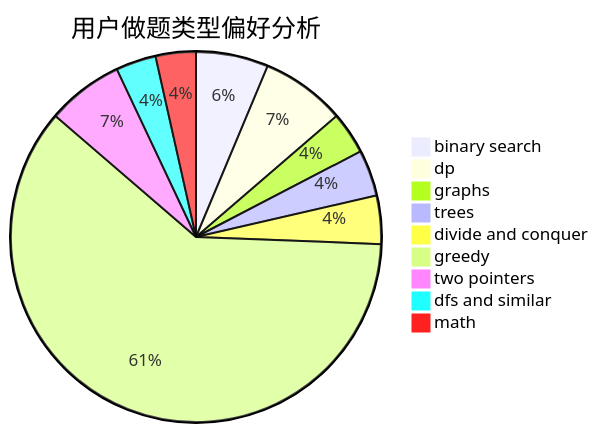
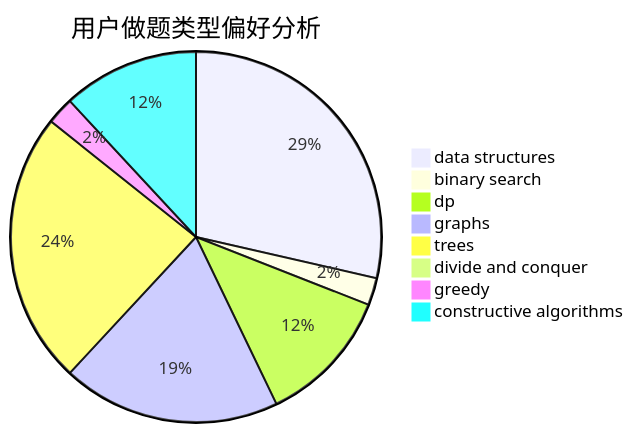
The second of 3 diagrams in docs/user/u604.md (sherpahu/cfrs.github.io), drawn with Mermaid before and after one commit. The commit also changed other lines of this file and 2775 other files, not shown here.

````diff
--- a/docs/user/u604.md
+++ b/docs/user/u604.md
@@ -23,12 +23,11 @@
 ```mermaid
 pie title 用户做题类型偏好分析
-    "binary search" :  36
-    "dp" :  42
-    "graphs" :  21
-    "trees" :  23
-    "divide and conquer" :  24
-    "greedy" :  346
-    "two pointers" :  38
-    "dfs and similar" :  20
-    "math" :  20
+    "data structures" :  12
+    "binary search" :  1
+    "dp" :  5
+    "graphs" :  8
+    "trees" :  10
+    "divide and conquer" :  0
+    "greedy" :  1
+    "constructive algorithms" :  5
 ```
````
